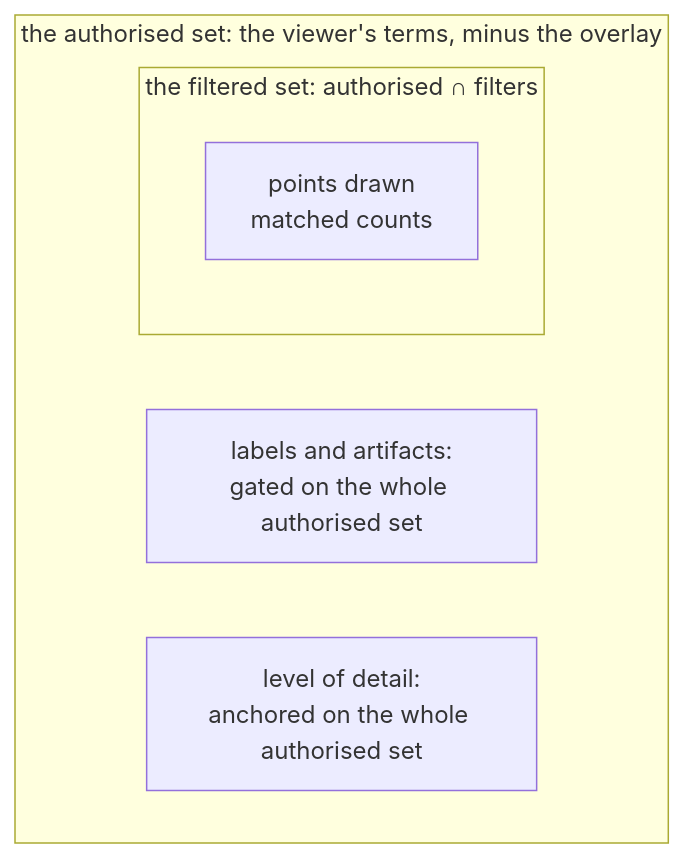
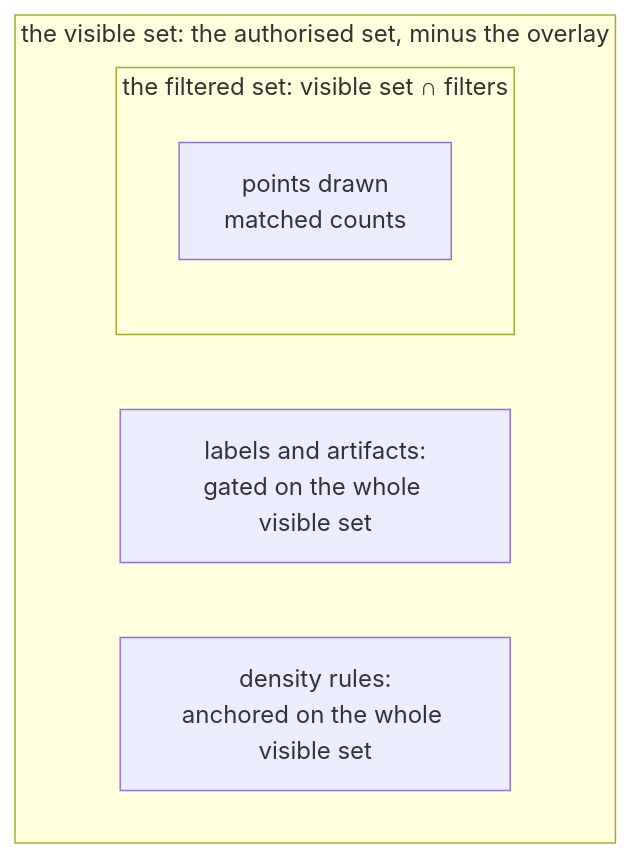
One commit to jennis0/tesseradb changed the second of 3 diagrams in docs/system/queries.md. Above: the diagram before and after it, drawn with Mermaid. The commit also changed other lines of this file, not shown here.

````diff
--- a/docs/system/queries.md
+++ b/docs/system/queries.md
@@ -86,10 +70,10 @@
 ```mermaid
 flowchart TB
-  subgraph auth["the authorised set: the viewer's terms, minus the overlay"]
-    subgraph filt["the filtered set: authorised ∩ filters"]
+  subgraph vis["the visible set: the authorised set, minus the overlay"]
+    subgraph filt["the filtered set: visible set ∩ filters"]
       pts["points drawn<br/>matched counts"]
     end
-    lab["labels and artifacts:<br/>gated on the whole authorised set"]
-    lod["level of detail:<br/>anchored on the whole authorised set"]
+    lab["labels and artifacts:<br/>gated on the whole visible set"]
+    lod["density rules:<br/>anchored on the whole visible set"]
   end
 ```
````
